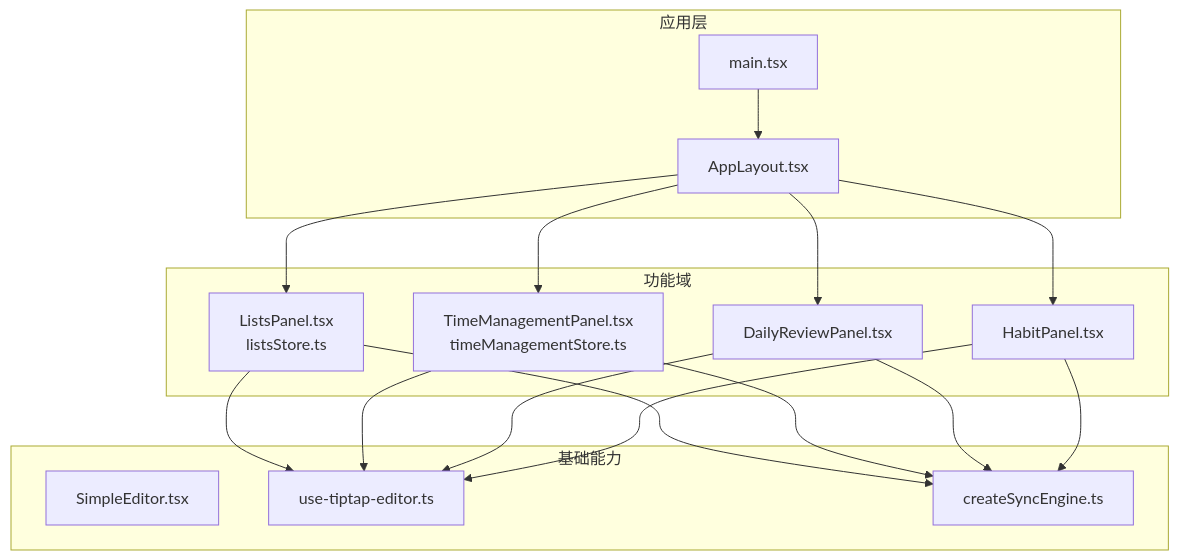
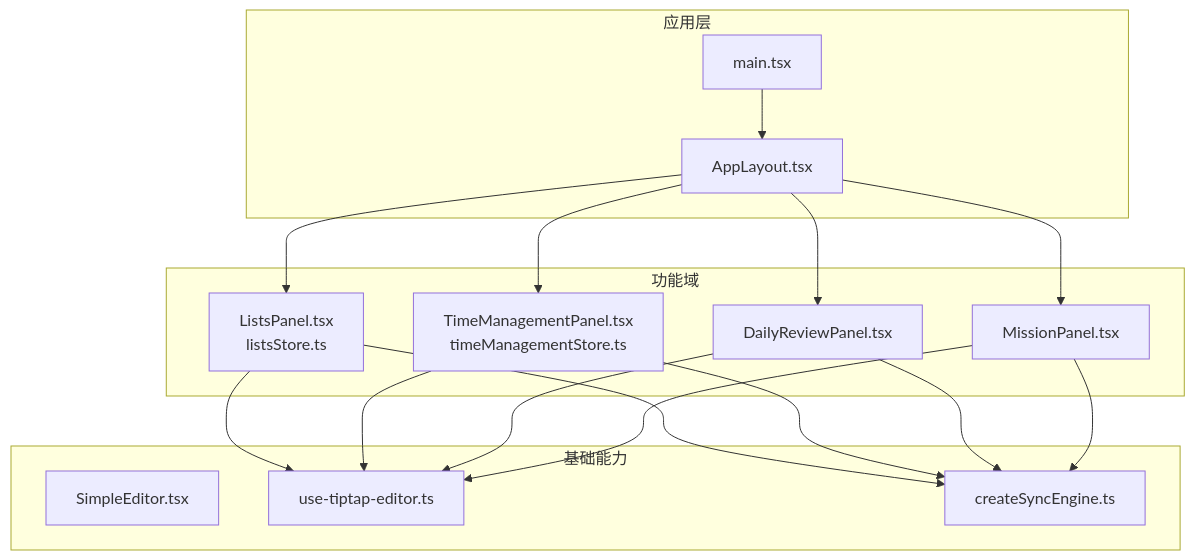
Before and after one commit to gzdxhujiale/FishWorker: the second of 8 diagrams in .qoder/repowiki/zh/content/前端架构/前端架构.md, drawn with Mermaid. The commit also changed other lines of this file and 36 other files, not shown here.

````diff
--- a/.qoder/repowiki/zh/content/前端架构/前端架构.md
+++ b/.qoder/repowiki/zh/content/前端架构/前端架构.md
@@ -113,31 +118,31 @@
 ```mermaid
 graph TB
 subgraph "应用层"
 M["main.tsx"]
 L["AppLayout.tsx"]
 end
 subgraph "功能域"
 LP["ListsPanel.tsx<br/>listsStore.ts"]
 TMP["TimeManagementPanel.tsx<br/>timeManagementStore.ts"]
 DRP["DailyReviewPanel.tsx"]
-HP["HabitPanel.tsx"]
+MP["MissionPanel.tsx"]
 end
 subgraph "基础能力"
 SEP["SimpleEditor.tsx"]
 UTE["use-tiptap-editor.ts"]
 SYNC["createSyncEngine.ts"]
 end
 M --> L
 L --> LP
 L --> TMP
 L --> DRP
-L --> HP
+L --> MP
 LP --> UTE
 TMP --> UTE
 DRP --> UTE
-HP --> UTE
+MP --> UTE
 LP --> SYNC
 TMP --> SYNC
 DRP --> SYNC
-HP --> SYNC
+MP --> SYNC
 ```
````
